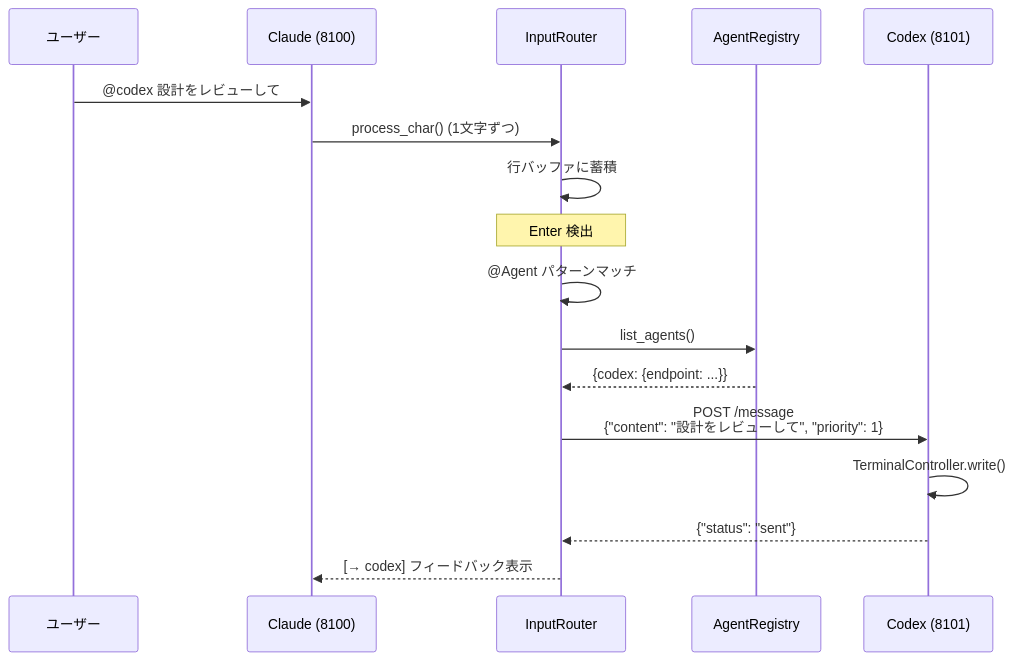
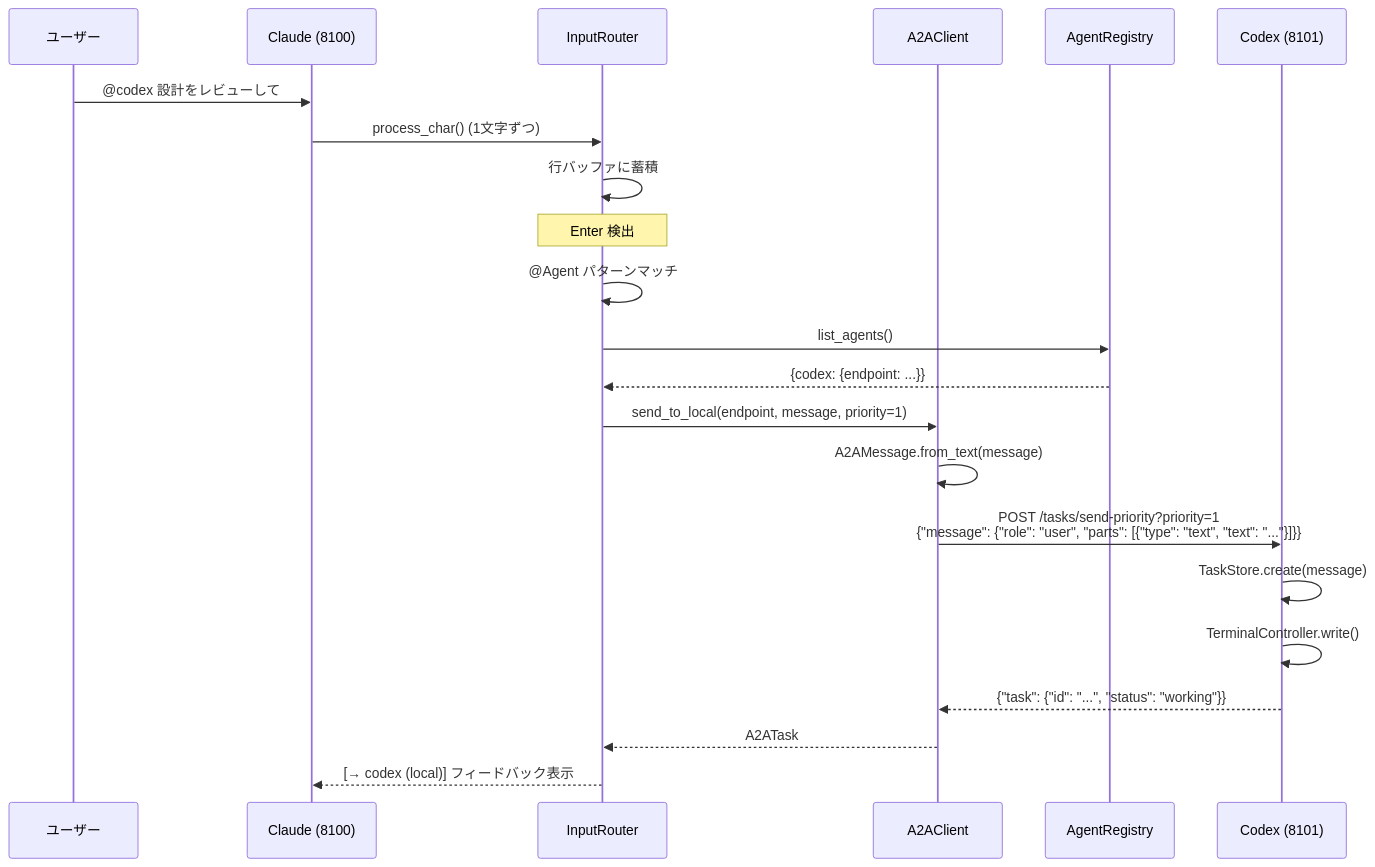
Before and after one commit to s-hiraoku/synapse-a2a: diagram 11 of 18 in guides/architecture.md, drawn with Mermaid. The commit also changed other lines of this file and 4 other files, not shown here.

````diff
--- a/guides/architecture.md
+++ b/guides/architecture.md
@@ -370,20 +453,25 @@
 ```mermaid
 sequenceDiagram
     participant User as ユーザー
     participant Claude as Claude (8100)
     participant IR as InputRouter
+    participant A2AClient as A2AClient
     participant Registry as AgentRegistry
     participant Codex as Codex (8101)
 
     User->>Claude: @codex 設計をレビューして
     Claude->>IR: process_char() (1文字ずつ)
     IR->>IR: 行バッファに蓄積
     Note over IR: Enter 検出
     IR->>IR: @Agent パターンマッチ
     IR->>Registry: list_agents()
     Registry-->>IR: {codex: {endpoint: ...}}
-    IR->>Codex: POST /message<br/>{"content": "設計をレビューして", "priority": 1}
+    IR->>A2AClient: send_to_local(endpoint, message, priority=1)
+    A2AClient->>A2AClient: A2AMessage.from_text(message)
+    A2AClient->>Codex: POST /tasks/send-priority?priority=1<br/>{"message": {"role": "user", "parts": [{"type": "text", "text": "..."}]}}
+    Codex->>Codex: TaskStore.create(message)
     Codex->>Codex: TerminalController.write()
-    Codex-->>IR: {"status": "sent"}
-    IR-->>Claude: [→ codex] フィードバック表示
+    Codex-->>A2AClient: {"task": {"id": "...", "status": "working"}}
+    A2AClient-->>IR: A2ATask
+    IR-->>Claude: [→ codex (local)] フィードバック表示
 ```
````
